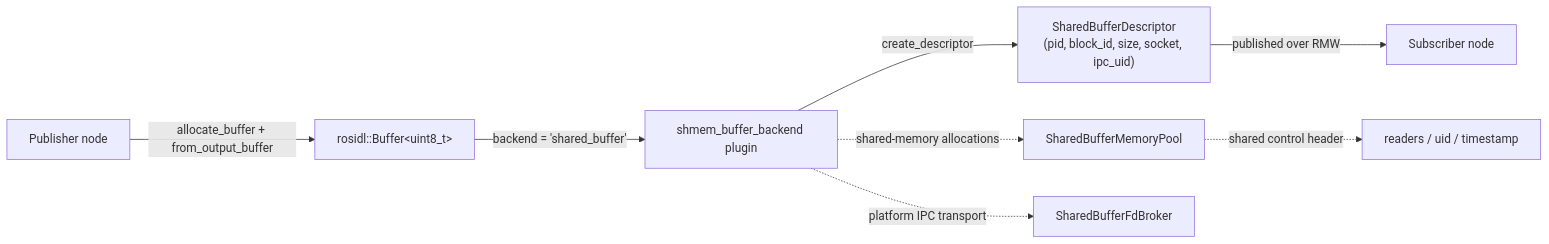
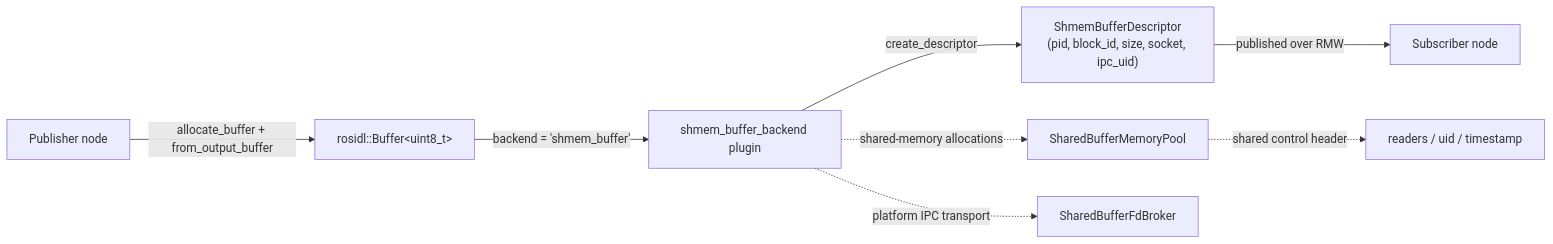
Before and after one commit to dskkato/shmem_buffer_backend: the first of 6 diagrams in docs/shmem_buffer_backend_design.md, drawn with Mermaid. The commit also changed other lines of this file and 69 other files, not shown here.

Commit message:
Rename shared buffer package to shmem_buffer

````diff
--- a/docs/shmem_buffer_backend_design.md
+++ b/docs/shmem_buffer_backend_design.md
@@ -30,14 +30,14 @@
 ```mermaid
 flowchart LR
   Pub["Publisher node"]
   Sub["Subscriber node"]
 
   Pub -->|"allocate_buffer + from_output_buffer"| Buffer["rosidl::Buffer&lt;uint8_t&gt;"]
-  Buffer -->|"backend = 'shared_buffer'"| Plugin[shmem_buffer_backend plugin]
-  Plugin -->|"create_descriptor"| Descriptor["SharedBufferDescriptor<br/>(pid, block_id, size, socket, ipc_uid)"]
+  Buffer -->|"backend = 'shmem_buffer'"| Plugin[shmem_buffer_backend plugin]
+  Plugin -->|"create_descriptor"| Descriptor["ShmemBufferDescriptor<br/>(pid, block_id, size, socket, ipc_uid)"]
   Descriptor -->|"published over RMW"| Sub
 
   Plugin -.->|"shared-memory allocations"| Pool[SharedBufferMemoryPool]
   Plugin -.->|"platform IPC transport"| Broker[SharedBufferFdBroker]
   Pool -.->|"shared control header"| Control["readers / uid / timestamp"]
 ```
````
